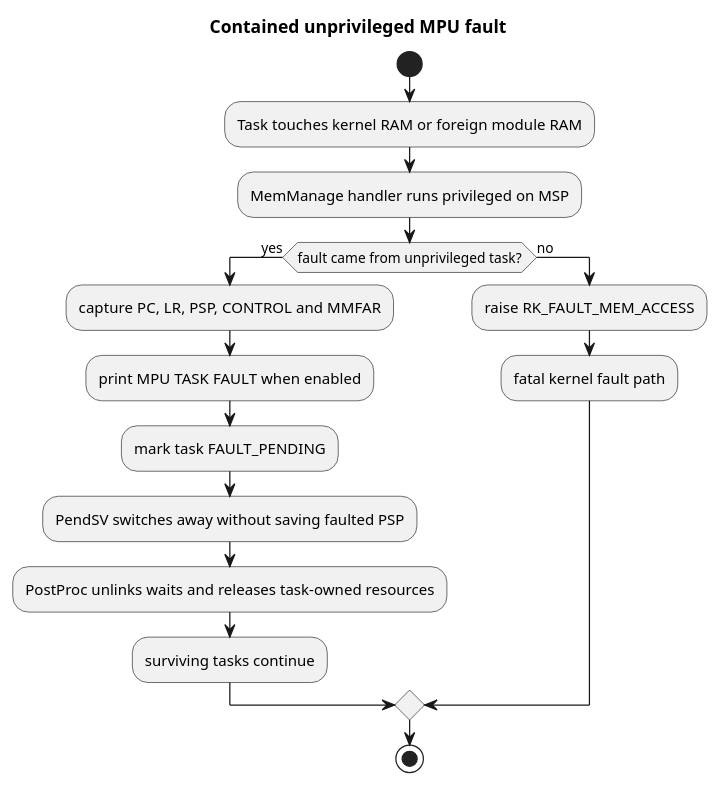
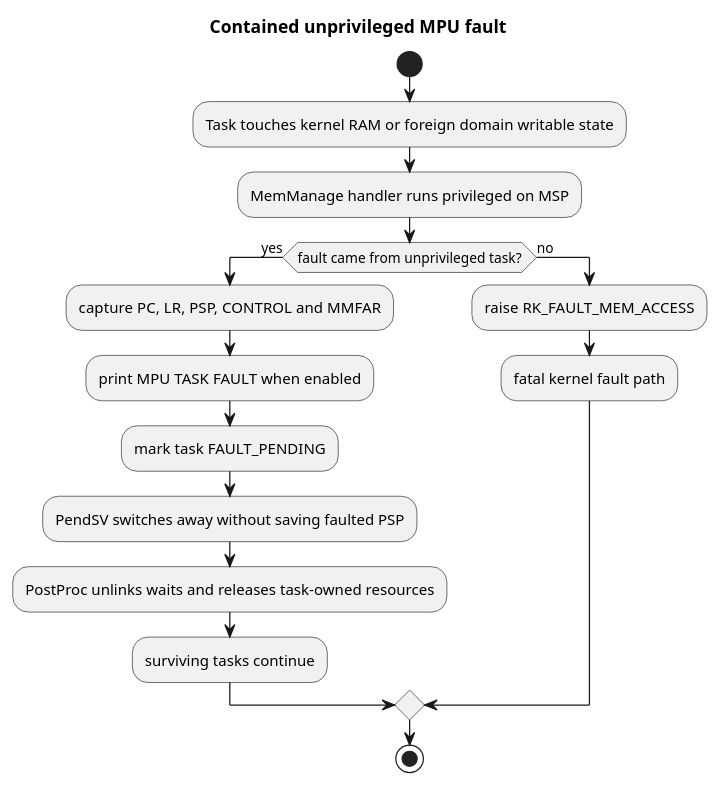
One commit to antoniogiacomelli/RK01 changed the diagram in docs/readme_fault_diagnostics.puml. Above: the diagram before and after it, drawn with PlantUML. The commit also changed 63 other files, not shown here.

```diff
--- a/docs/readme_fault_diagnostics.puml
+++ b/docs/readme_fault_diagnostics.puml
@@ -2,18 +2,18 @@
 @startuml
 title Contained unprivileged MPU fault
 start
-:Task touches kernel RAM or foreign module RAM;
+:Task touches kernel RAM or foreign domain writable state;
 :MemManage handler runs privileged on MSP;
 if (fault came from unprivileged task?) then (yes)
   :capture PC, LR, PSP, CONTROL and MMFAR;
   :print MPU TASK FAULT when enabled;
   :mark task FAULT_PENDING;
   :PendSV switches away without saving faulted PSP;
   :PostProc unlinks waits and releases task-owned resources;
   :surviving tasks continue;
 else (no)
   :raise RK_FAULT_MEM_ACCESS;
   :fatal kernel fault path;
 endif
 stop
 @enduml
```
